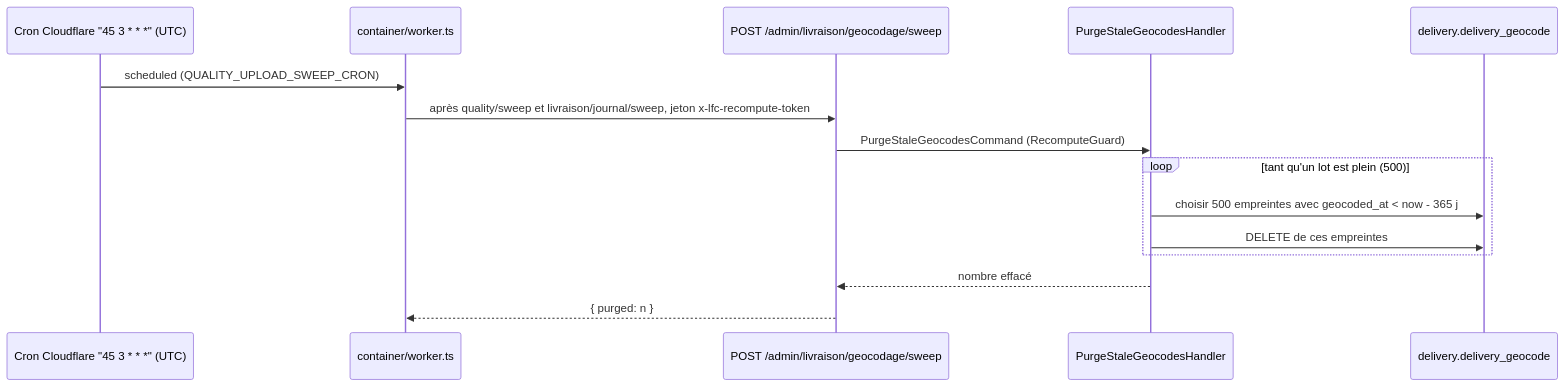
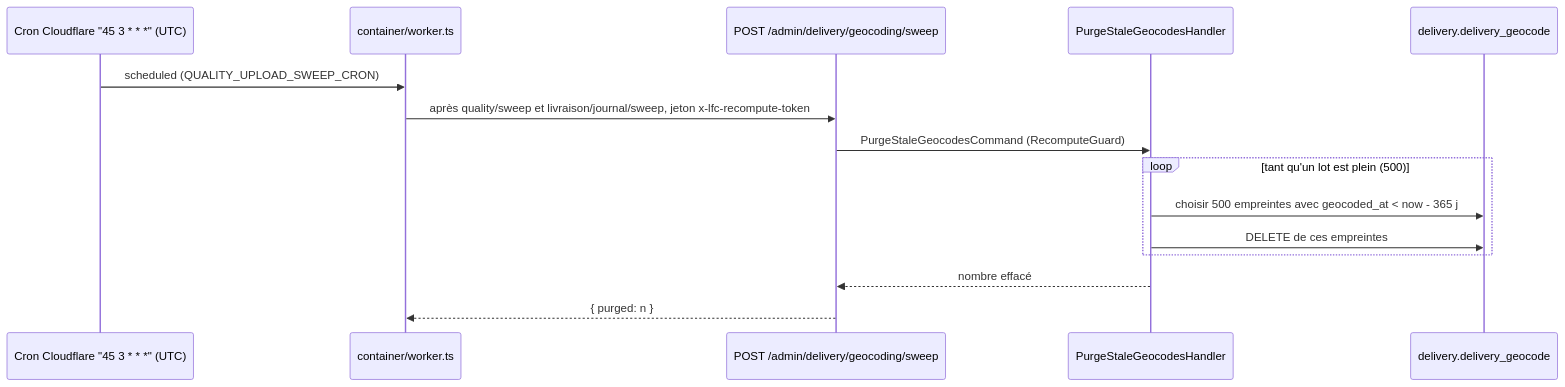
Before and after one commit to hugoheynard/lfd: the diagram in documentation/legal/rgpd-purge-du-geocodage.md, drawn with Mermaid. The commit also changed 159 other files, not shown here.

````diff
--- a/documentation/legal/rgpd-purge-du-geocodage.md
+++ b/documentation/legal/rgpd-purge-du-geocodage.md
@@ -50,17 +50,17 @@
 ```mermaid
 sequenceDiagram
     participant CF as Cron Cloudflare "45 3 * * *" (UTC)
     participant W as container/worker.ts
-    participant API as POST /admin/livraison/geocodage/sweep
+    participant API as POST /admin/delivery/geocoding/sweep
     participant H as PurgeStaleGeocodesHandler
     participant DB as delivery.delivery_geocode
     CF->>W: scheduled (QUALITY_UPLOAD_SWEEP_CRON)
     W->>API: après quality/sweep et livraison/journal/sweep, jeton x-lfc-recompute-token
     API->>H: PurgeStaleGeocodesCommand (RecomputeGuard)
     loop tant qu'un lot est plein (500)
         H->>DB: choisir 500 empreintes avec geocoded_at < now - 365 j
         H->>DB: DELETE de ces empreintes
     end
     H-->>API: nombre effacé
     API-->>W: { purged: n }
 ```
````
